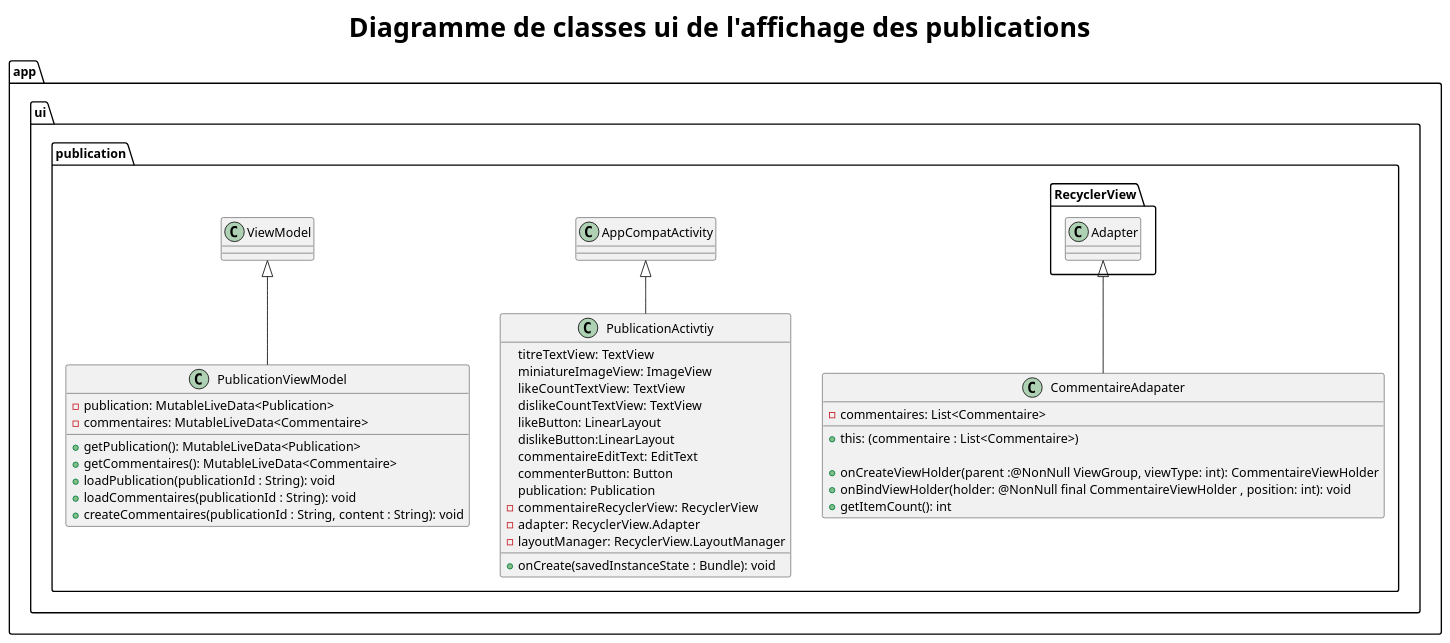
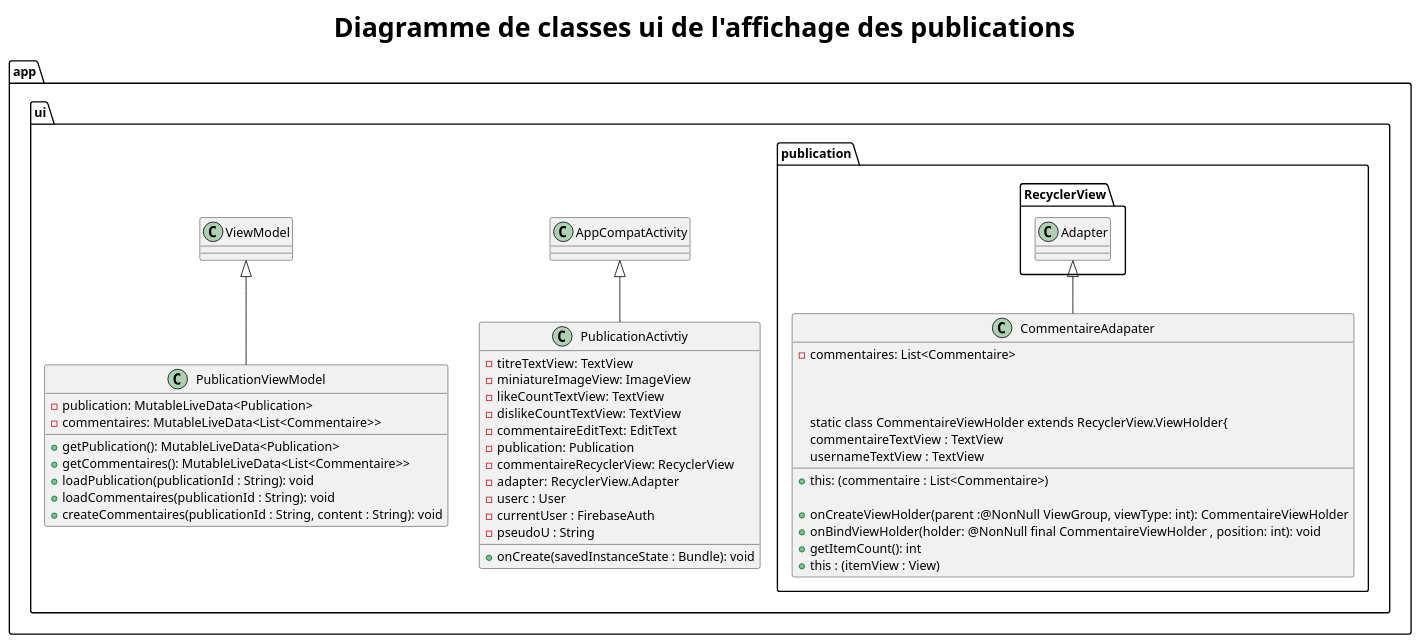
The diagram in app/docs/asciidoc/models/modelui7.puml (SefkanTas/Sonofy), drawn with PlantUML before and after one commit. The commit also changed 9 other files, not shown here.

```diff
--- a/app/docs/asciidoc/models/modelui7.puml
+++ b/app/docs/asciidoc/models/modelui7.puml
@@ -1,51 +1,56 @@
 @startuml modelui7
 title <size:30><b>Diagramme de classes ui de l'affichage des publications</b></size>
 
 package app{
 
   package ui{
 
   package publication{
 
           class CommentaireAdapater extends RecyclerView.Adapter {
               - commentaires: List<Commentaire>
 
                + this: (commentaire : List<Commentaire>)
 
                 + onCreateViewHolder(parent :@NonNull ViewGroup, viewType: int): CommentaireViewHolder
                 + onBindViewHolder(holder: @NonNull final CommentaireViewHolder , position: int): void
                 + getItemCount(): int
+
+                static class CommentaireViewHolder extends RecyclerView.ViewHolder{
+                     commentaireTextView : TextView
+                     usernameTextView : TextView
+
+                     + this : (itemView : View)
+                }
           }
 
 
           class PublicationActivtiy extends AppCompatActivity{
-                 titreTextView: TextView
-                 miniatureImageView: ImageView
-                 likeCountTextView: TextView
-                 dislikeCountTextView: TextView
-                 likeButton: LinearLayout
-                 dislikeButton:LinearLayout
-                 commentaireEditText: EditText
-                 commenterButton: Button
-                 publication: Publication
-                 - commentaireRecyclerView:  RecyclerView
+                 - titreTextView: TextView
+                 - miniatureImageView: ImageView
+                 - likeCountTextView: TextView
+                 - dislikeCountTextView: TextView
+                 - commentaireEditText: EditText
+                 - publication: Publication
+                 - commentaireRecyclerView: RecyclerView
                  - adapter:  RecyclerView.Adapter
-                 - layoutManager: RecyclerView.LayoutManager
+                 - userc : User
+                 - currentUser : FirebaseAuth
+                 - pseudoU : String
 
                  + onCreate(savedInstanceState : Bundle): void
           }
 
           class PublicationViewModel extends ViewModel{
               - publication: MutableLiveData<Publication>
-              - commentaires: MutableLiveData<Commentaire>
+              - commentaires: MutableLiveData<List<Commentaire>>
 
               + getPublication(): MutableLiveData<Publication>
-              + getCommentaires(): MutableLiveData<Commentaire>
+              + getCommentaires(): MutableLiveData<List<Commentaire>>
               + loadPublication(publicationId : String): void
               + loadCommentaires(publicationId : String): void
               + createCommentaires(publicationId : String, content : String): void
           }
       }
    }
-}
 @enduml
```
